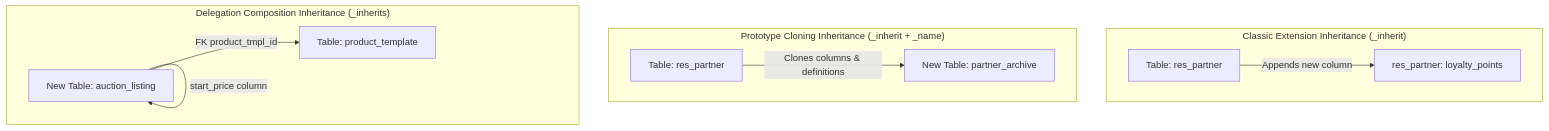
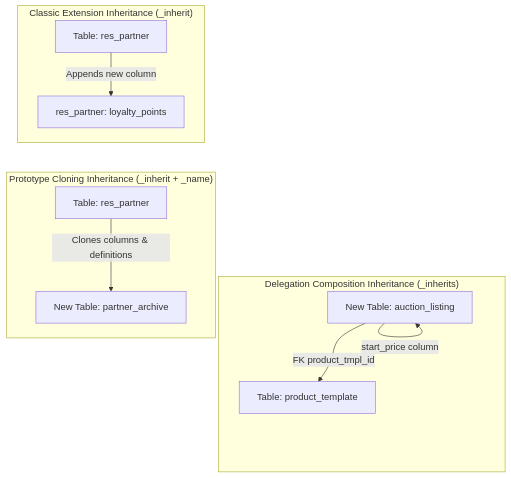
Before and after one commit to Kashyap-001/odoo19-docs: the first of 2 diagrams in docs/business/inheritance.md, drawn with Mermaid. The commit also changed 3 other files, not shown here.

Commit message:
style: stack wide parallel subgraphs vertically in database and environment diagrams

````diff
--- a/docs/business/inheritance.md
+++ b/docs/business/inheritance.md
@@ -113,16 +113,20 @@
 ```mermaid
 graph TD
     subgraph "Classic Extension Inheritance (_inherit)"
         C1[Table: res_partner] -->|Appends new column| C2[res_partner: loyalty_points]
     end
 
     subgraph "Prototype Cloning Inheritance (_inherit + _name)"
         P1[Table: res_partner] -->|Clones columns & definitions| P2[New Table: partner_archive]
     end
 
     subgraph "Delegation Composition Inheritance (_inherits)"
         D1[Table: product_template]
         D2[New Table: auction_listing] -->|FK product_tmpl_id| D1
         D2 -->|start_price column| D2
     end
+
+    %% Force vertical stacking of subgraphs
+    C2 ~~~ P1
+    P2 ~~~ D1
 ```
````
